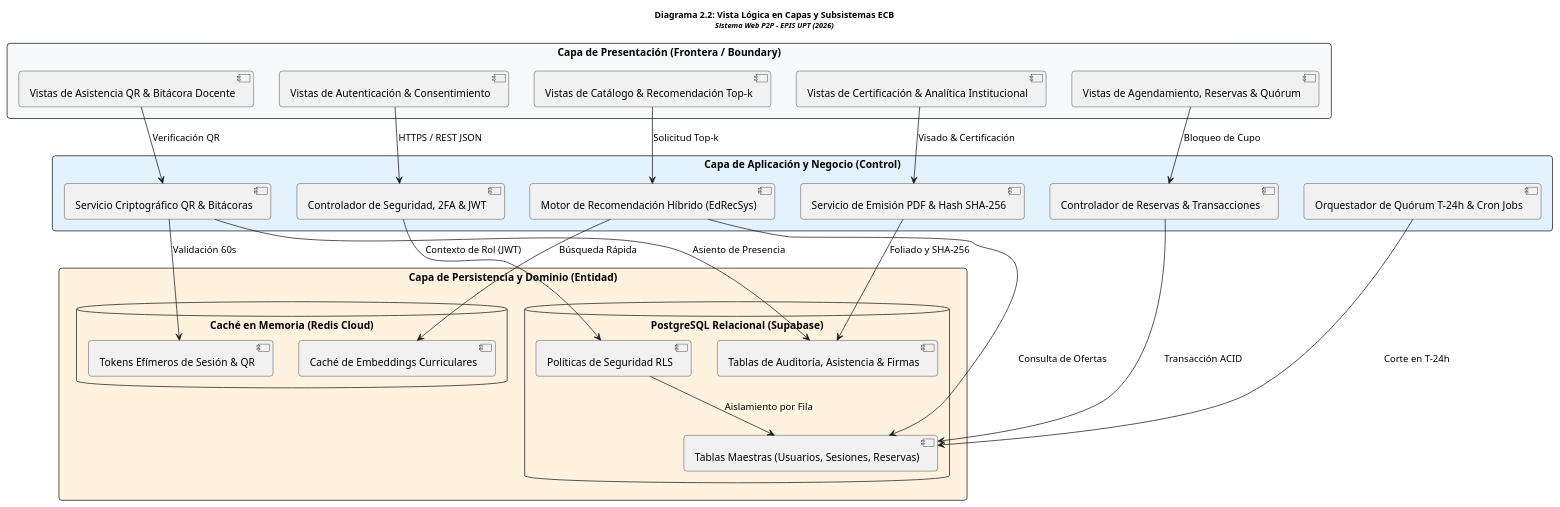
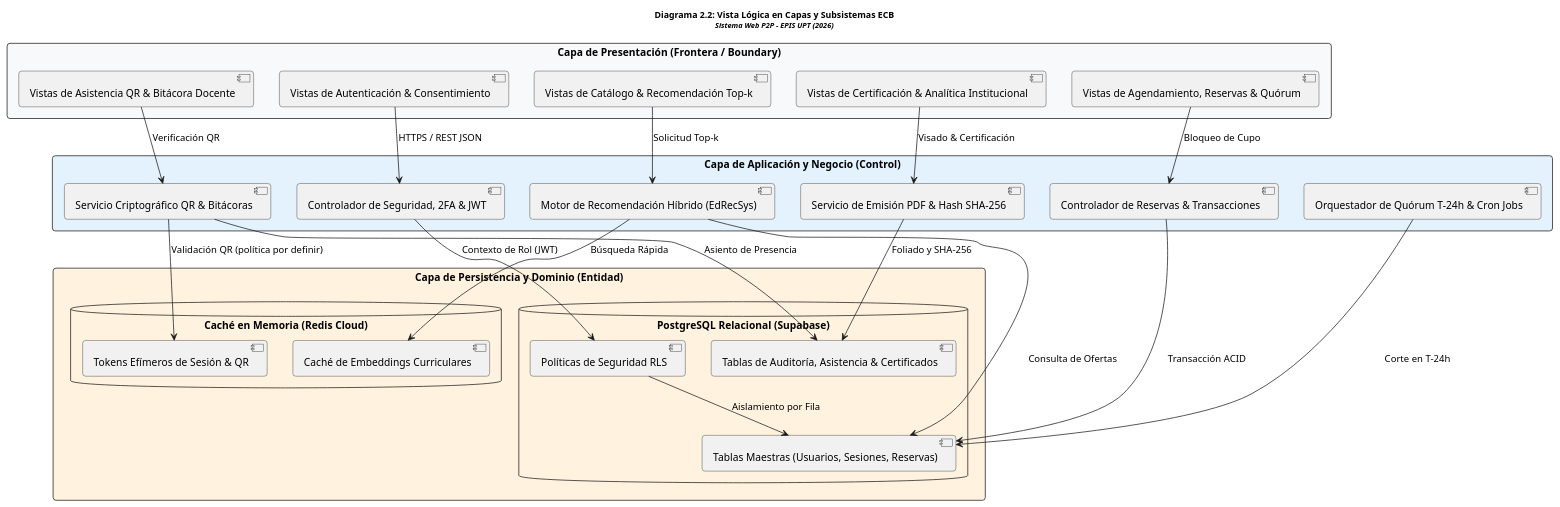
One commit to JMedina255/sistema_web_p2p changed the second of 12 diagrams in docs/FD04-EPIS-Informe SAD de Proyecto.md. Above: the diagram before and after it, drawn with PlantUML. The commit also changed other lines of this file and 5 other files, not shown here.

````diff
--- a/docs/FD04-EPIS-Informe SAD de Proyecto.md
+++ b/docs/FD04-EPIS-Informe SAD de Proyecto.md
@@ -267,57 +271,57 @@
 ```plantuml
 @startuml
 title <size:12><b>Diagrama 2.2: Vista Lógica en Capas y Subsistemas ECB</b></size>\n<size:10><i>Sistema Web P2P - EPIS UPT (2026)</i></size>
 
 skinparam packageStyle rectangle
 skinparam shadowing false
 skinparam roundcorner 8
 skinparam defaultFontName Arial
 skinparam fontSize 10
 
 package "Capa de Presentación (Frontera / Boundary)" #F8F9FA {
     [Vistas de Autenticación & Consentimiento] as UI_Auth
     [Vistas de Catálogo & Recomendación Top-k] as UI_Rec
     [Vistas de Agendamiento, Reservas & Quórum] as UI_Booking
     [Vistas de Asistencia QR & Bitácora Docente] as UI_Attendance
     [Vistas de Certificación & Analítica Institucional] as UI_Admin
 }
 
 package "Capa de Aplicación y Negocio (Control)" #E3F2FD {
     [Controlador de Seguridad, 2FA & JWT] as Ctrl_Auth
     [Motor de Recomendación Híbrido (EdRecSys)] as Ctrl_Rec
     [Controlador de Reservas & Transacciones] as Ctrl_Booking
     [Orquestador de Quórum T-24h & Cron Jobs] as Ctrl_Quorum
     [Servicio Criptográfico QR & Bitácoras] as Ctrl_Log
     [Servicio de Emisión PDF & Hash SHA-256] as Ctrl_Cert
 }
 
 package "Capa de Persistencia y Dominio (Entidad)" #FFF3E0 {
     database "PostgreSQL Relacional (Supabase)" as DB_Postgres {
         [Políticas de Seguridad RLS] as Sec_RLS
         [Tablas Maestras (Usuarios, Sesiones, Reservas)] as Tables_Core
-        [Tablas de Auditoría, Asistencia & Firmas] as Tables_Audit
+        [Tablas de Auditoría, Asistencia & Certificados] as Tables_Audit
     }
     database "Caché en Memoria (Redis Cloud)" as DB_Redis {
         [Caché de Embeddings Curriculares] as Cache_Embeddings
         [Tokens Efímeros de Sesión & QR] as Cache_Tokens
     }
 }
 
 ' Flujos de comunicación
 UI_Auth --> Ctrl_Auth : HTTPS / REST JSON
 UI_Rec --> Ctrl_Rec : Solicitud Top-k
 UI_Booking --> Ctrl_Booking : Bloqueo de Cupo
 UI_Attendance --> Ctrl_Log : Verificación QR
 UI_Admin --> Ctrl_Cert : Visado & Certificación
 
 Ctrl_Auth --> Sec_RLS : Contexto de Rol (JWT)
 Ctrl_Rec --> Cache_Embeddings : Búsqueda Rápida
 Ctrl_Rec --> Tables_Core : Consulta de Ofertas
 Ctrl_Booking --> Tables_Core : Transacción ACID
 Ctrl_Quorum --> Tables_Core : Corte en T-24h
-Ctrl_Log --> Cache_Tokens : Validación 60s
+Ctrl_Log --> Cache_Tokens : Validación QR (política por definir)
 Ctrl_Log --> Tables_Audit : Asiento de Presencia
 Ctrl_Cert --> Tables_Audit : Foliado y SHA-256
 Sec_RLS --> Tables_Core : Aislamiento por Fila
 @enduml
 ```
````
